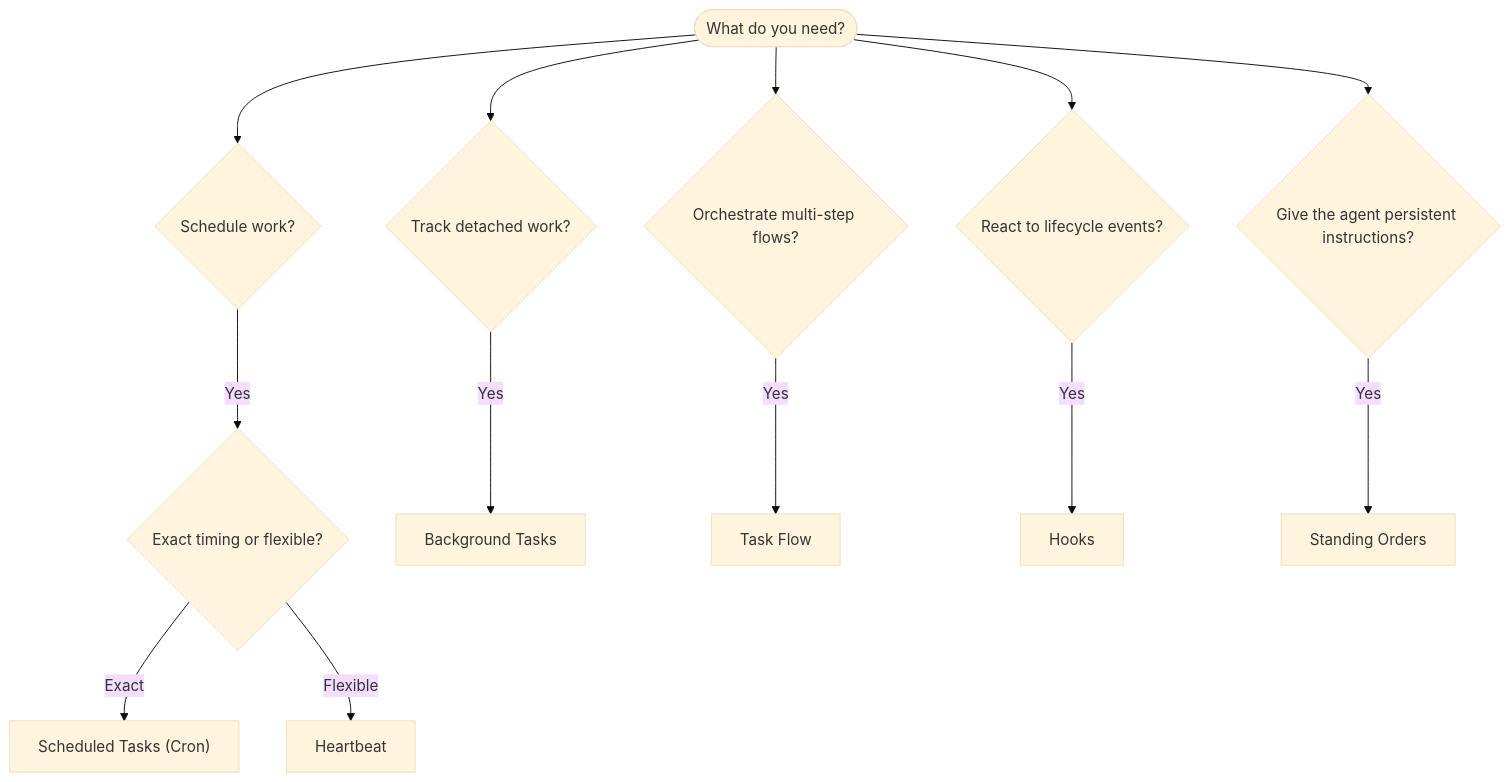
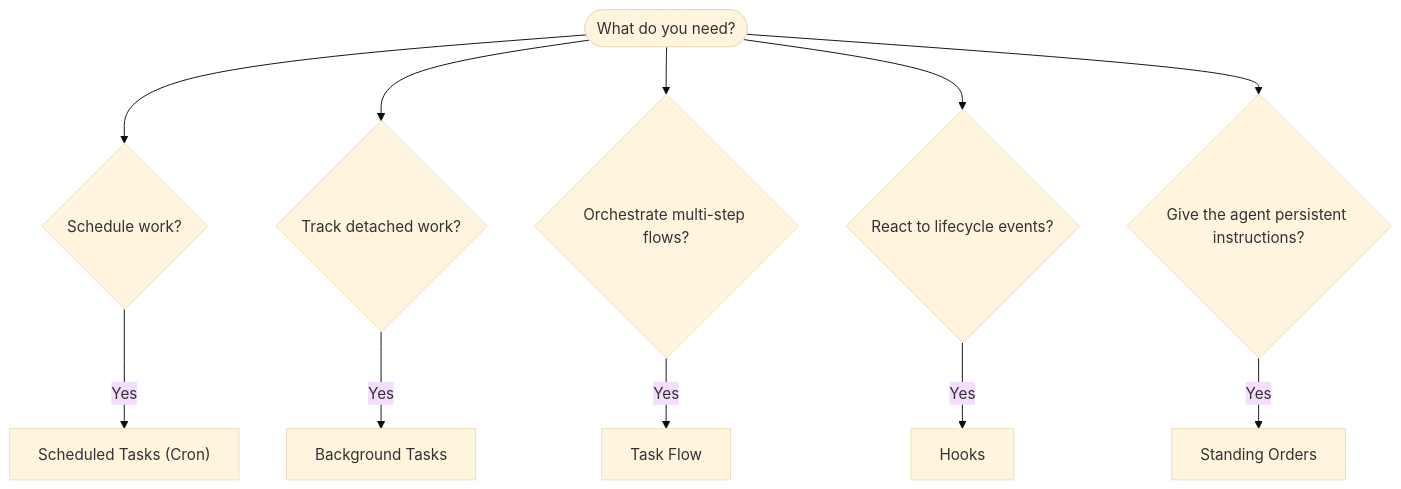
One commit to qianleigood/crawclaw changed the diagram in docs/automation/index.md. Above: the diagram before and after it, drawn with Mermaid (base theme). The commit also changed other lines of this file and 62 other files, not shown here.

````diff
--- a/docs/automation/index.md
+++ b/docs/automation/index.md
@@ -16,17 +16,15 @@
 ```mermaid
 flowchart TD
     START([What do you need?]) --> Q1{Schedule work?}
     START --> Q2{Track detached work?}
     START --> Q3{Orchestrate multi-step flows?}
     START --> Q4{React to lifecycle events?}
     START --> Q5{Give the agent persistent instructions?}
 
-    Q1 -->|Yes| Q1a{Exact timing or flexible?}
-    Q1a -->|Exact| CRON["Scheduled Tasks (Cron)"]
-    Q1a -->|Flexible| HEARTBEAT[Heartbeat]
+    Q1 -->|Yes| CRON["Scheduled Tasks (Cron)"]
 
     Q2 -->|Yes| TASKS[Background Tasks]
     Q3 -->|Yes| FLOW[Task Flow]
     Q4 -->|Yes| HOOKS[Hooks]
     Q5 -->|Yes| SO[Standing Orders]
 ```
````
